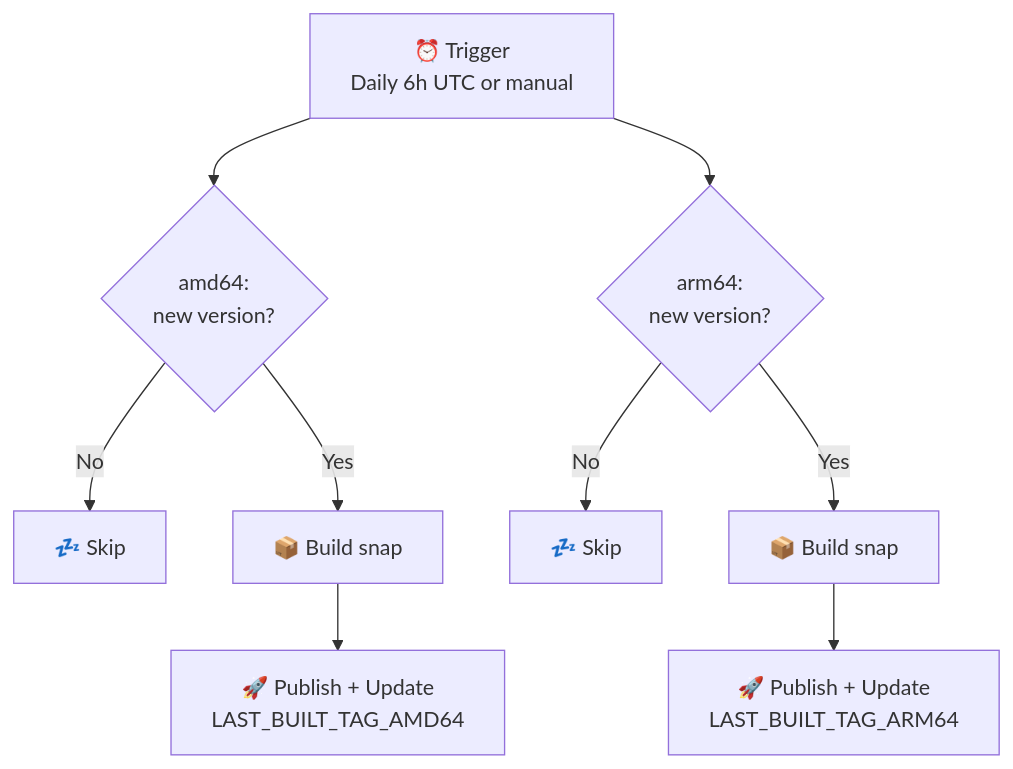
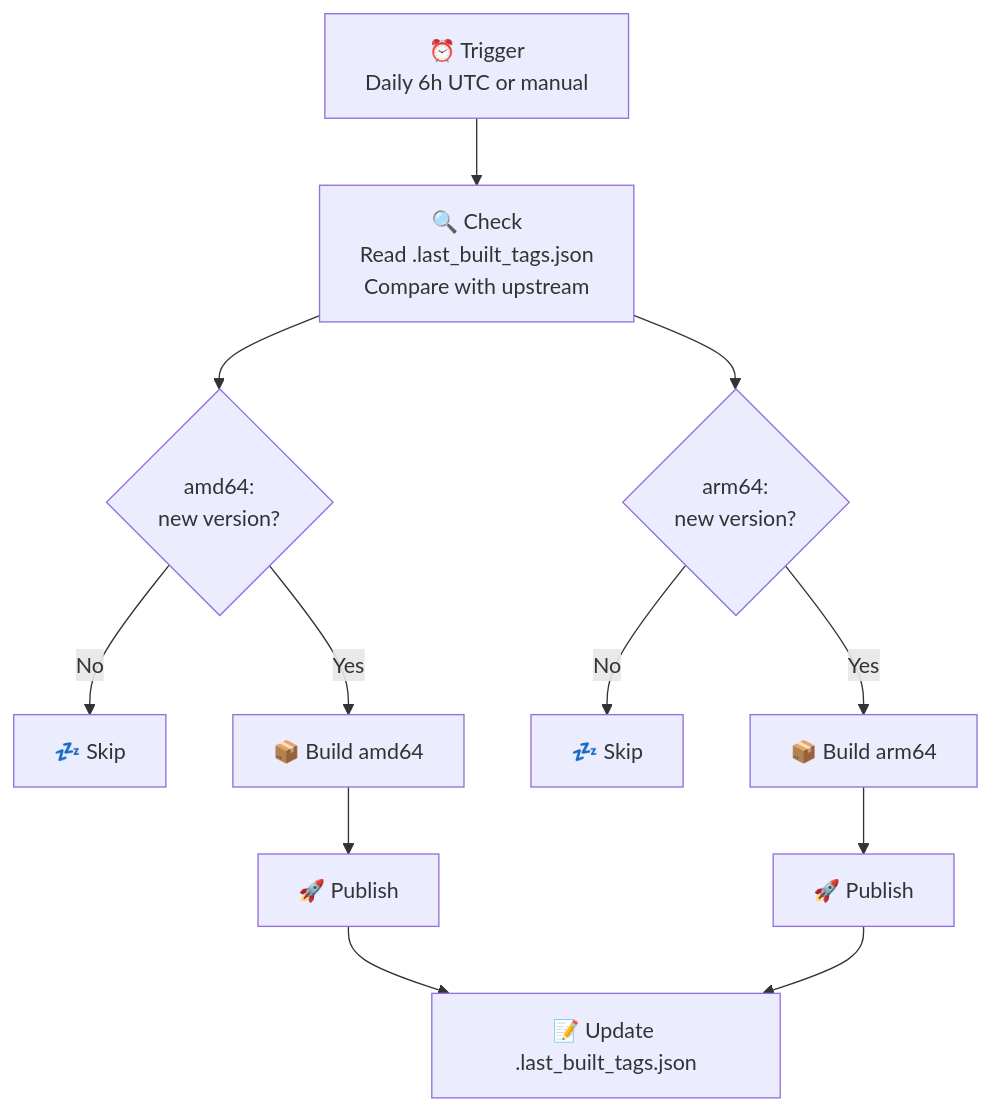
Before and after one commit to Le-Syl21/ares-snap: the first of 2 diagrams in README.md, drawn with Mermaid. The commit also changed other lines of this file, not shown here.

````diff
--- a/README.md
+++ b/README.md
@@ -37,15 +39,20 @@
 ```mermaid
 flowchart TB
     A[⏰ Trigger<br/>Daily 6h UTC or manual]
 
-    A --> B1{amd64:<br/>new version?}
-    A --> B2{arm64:<br/>new version?}
+    A --> B[🔍 Check<br/>Read .last_built_tags.json<br/>Compare with upstream]
 
-    B1 -->|No| Z1[💤 Skip]
-    B1 -->|Yes| C1[📦 Build snap]
-    C1 --> D1[🚀 Publish + Update<br/>LAST_BUILT_TAG_AMD64]
+    B --> C1{amd64:<br/>new version?}
+    B --> C2{arm64:<br/>new version?}
 
-    B2 -->|No| Z2[💤 Skip]
-    B2 -->|Yes| C2[📦 Build snap]
-    C2 --> D2[🚀 Publish + Update<br/>LAST_BUILT_TAG_ARM64]
+    C1 -->|No| Z1[💤 Skip]
+    C1 -->|Yes| D1[📦 Build amd64]
+    D1 --> E1[🚀 Publish]
+
+    C2 -->|No| Z2[💤 Skip]
+    C2 -->|Yes| D2[📦 Build arm64]
+    D2 --> E2[🚀 Publish]
+
+    E1 --> F[📝 Update .last_built_tags.json]
+    E2 --> F
 ```
````
